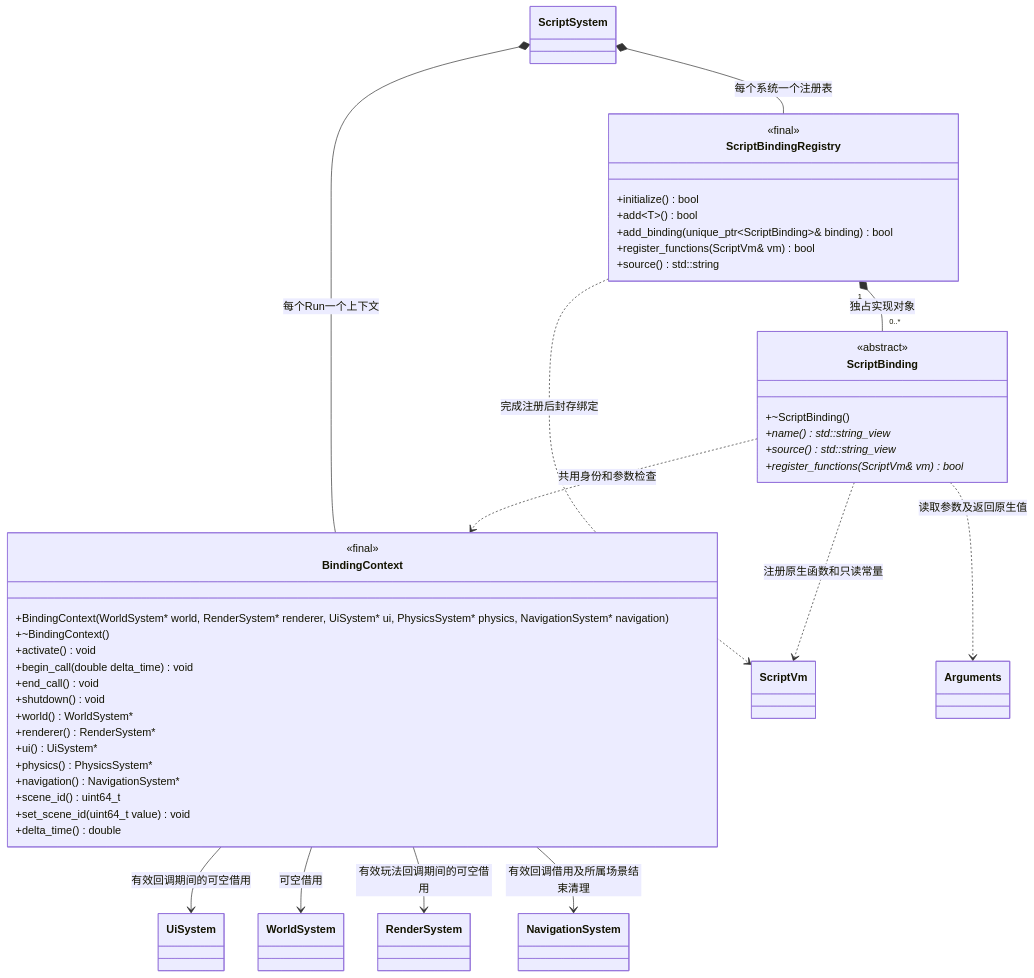
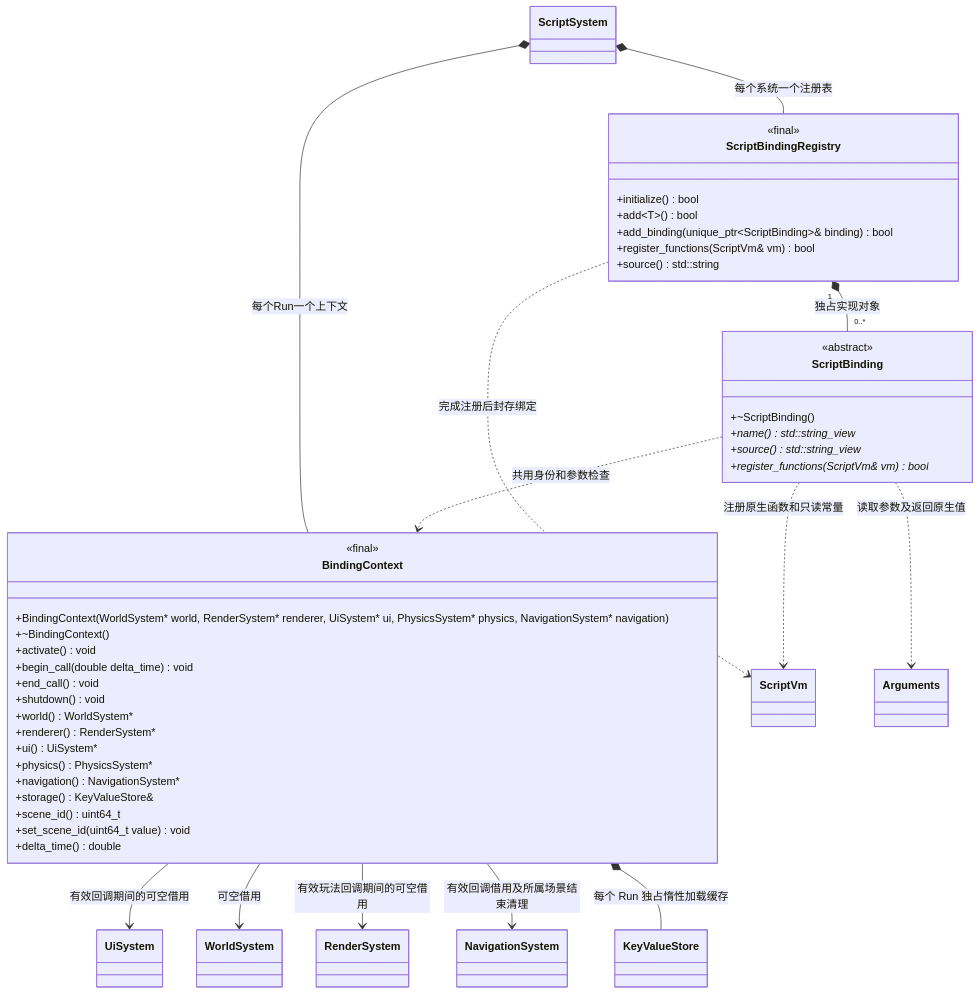
Before and after one commit to lcals/Engine: the first of 5 diagrams in docs/plugins/runtime/class-diagrams/script-bindings.md, drawn with Mermaid. The commit also changed other lines of this file and 20 other files, not shown here.

````diff
--- a/docs/plugins/runtime/class-diagrams/script-bindings.md
+++ b/docs/plugins/runtime/class-diagrams/script-bindings.md
@@ -9,54 +9,57 @@
 ```mermaid
 classDiagram
     direction TB
     class ScriptBinding {
         <<abstract>>
         +~ScriptBinding()
         +name() std::string_view*
         +source() std::string_view*
         +register_functions(ScriptVm& vm) bool*
     }
     class ScriptBindingRegistry {
         <<final>>
         +initialize() bool
         +add~T~() bool
         +add_binding(unique_ptr~ScriptBinding~& binding) bool
         +register_functions(ScriptVm& vm) bool
         +source() std::string
     }
     class BindingContext {
         <<final>>
         +BindingContext(WorldSystem#42; world, RenderSystem#42; renderer, UiSystem#42; ui, PhysicsSystem#42; physics, NavigationSystem#42; navigation)
         +~BindingContext()
         +activate() void
         +begin_call(double delta_time) void
         +end_call() void
         +shutdown() void
         +world() WorldSystem#42;
         +renderer() RenderSystem#42;
         +ui() UiSystem#42;
         +physics() PhysicsSystem#42;
         +navigation() NavigationSystem#42;
+        +storage() KeyValueStore&
         +scene_id() uint64_t
         +set_scene_id(uint64_t value) void
         +delta_time() double
     }
     class ScriptVm
     class Arguments
     class ScriptSystem
     class WorldSystem
     class RenderSystem
     class UiSystem
     class NavigationSystem
+    class KeyValueStore
     ScriptBindingRegistry "1" *-- "0..*" ScriptBinding : 独占实现对象
     ScriptBinding ..> ScriptVm : 注册原生函数和只读常量
     ScriptBinding ..> Arguments : 读取参数及返回原生值
     ScriptBinding ..> BindingContext : 共用身份和参数检查
     ScriptBindingRegistry ..> ScriptVm : 完成注册后封存绑定
     ScriptSystem *-- ScriptBindingRegistry : 每个系统一个注册表
     ScriptSystem *-- BindingContext : 每个Run一个上下文
     BindingContext --> UiSystem : 有效回调期间的可空借用
     BindingContext --> WorldSystem : 可空借用
     BindingContext --> RenderSystem : 有效玩法回调期间的可空借用
     BindingContext --> NavigationSystem : 有效回调借用及所属场景结束清理
+    BindingContext *-- KeyValueStore : 每个 Run 独占惰性加载缓存
 ```
````
